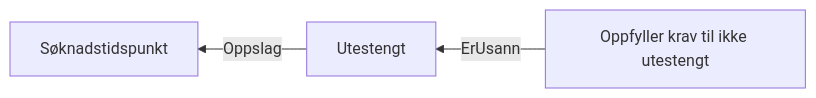
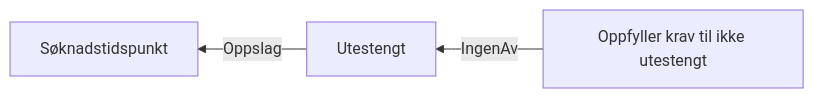
Before and after one commit to navikt/dp-vedtak: the diagram in docs/regler/§ 4-28 Utestengning.approved.md, drawn with Mermaid.

Commit message:
Fiks av dokumentasjon.

````diff
--- a/docs/regler/§ 4-28 Utestengning.approved.md
+++ b/docs/regler/§ 4-28 Utestengning.approved.md
@@ -5,5 +5,5 @@
 ```mermaid
 graph RL
   A["Utestengt"] -->|"Oppslag"| B["Søknadstidspunkt"]
-  C["Oppfyller krav til ikke utestengt"] -->|"ErUsann"| A["Utestengt"]
+  C["Oppfyller krav til ikke utestengt"] -->|"IngenAv"| A["Utestengt"]
 ```
````
